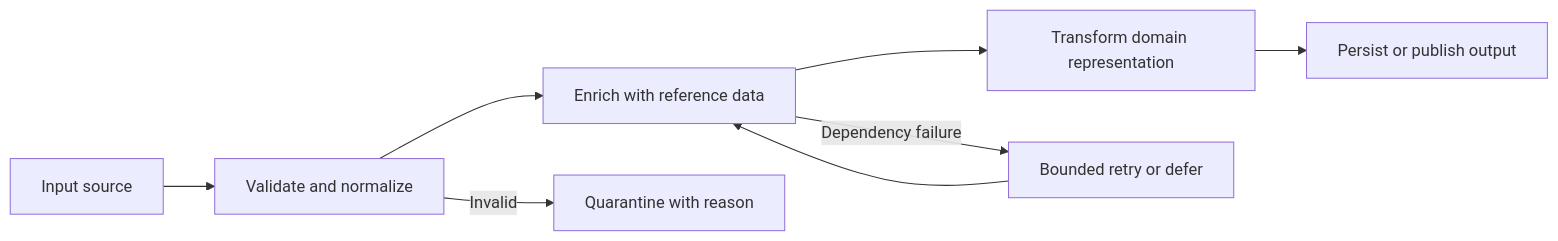
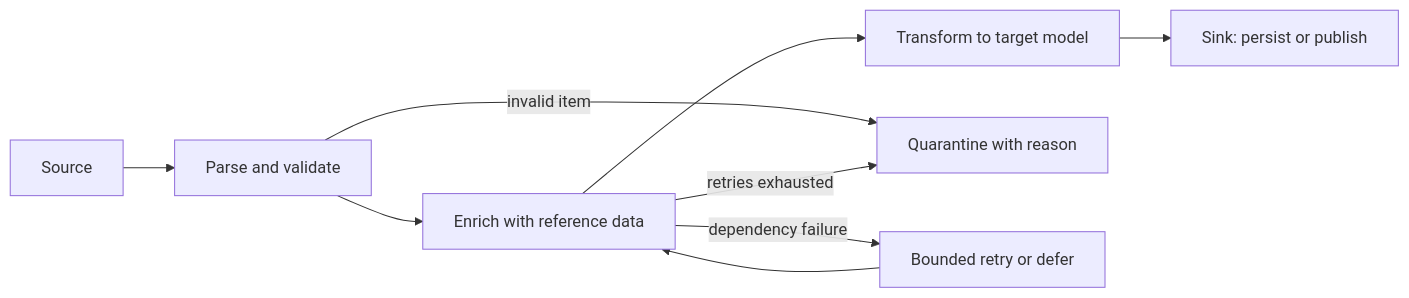
One commit to joydasss/Architect changed the first of 13 diagrams in 20_Architecture_Patterns/CH13_Pipeline_Pattern.md. Above: the diagram before and after it, drawn with Mermaid. The commit also changed other lines of this file and 295 other files, not shown here.

````diff
--- a/20_Architecture_Patterns/CH13_Pipeline_Pattern.md
+++ b/20_Architecture_Patterns/CH13_Pipeline_Pattern.md
@@ -11,10 +42,11 @@
 ```mermaid
 flowchart LR
-    Input[Input source] --> Validate[Validate and normalize]
-    Validate --> Enrich[Enrich with reference data]
-    Enrich --> Transform[Transform domain representation]
-    Transform --> Persist[Persist or publish output]
-    Validate -->|Invalid| Quarantine[Quarantine with reason]
-    Enrich -->|Dependency failure| Retry[Bounded retry or defer]
+    Src["Source"] --> Parse["Parse and validate"]
+    Parse --> Enrich["Enrich with reference data"]
+    Enrich --> Transform["Transform to target model"]
+    Transform --> Sink["Sink: persist or publish"]
+    Parse -->|"invalid item"| Quarantine["Quarantine with reason"]
+    Enrich -->|"dependency failure"| Retry["Bounded retry or defer"]
     Retry --> Enrich
+    Enrich -->|"retries exhausted"| Quarantine
 ```
````
